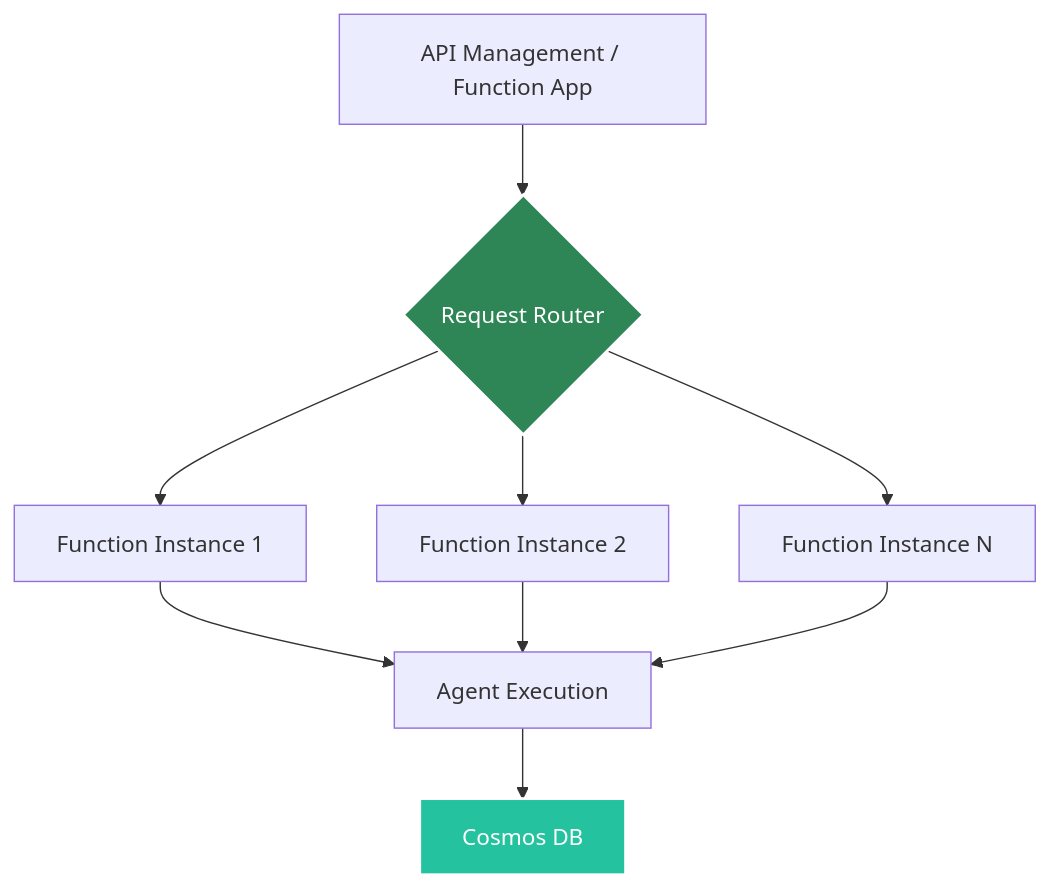
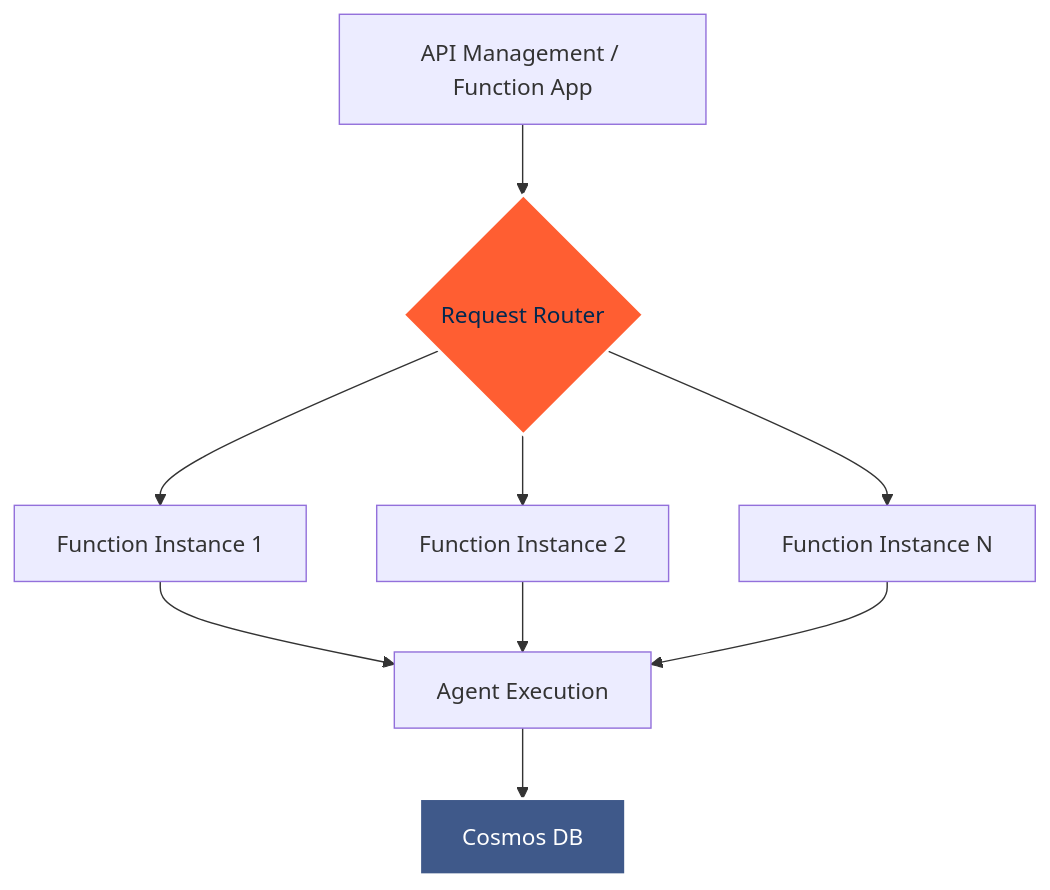
One commit to yaalalabs/agent-kernel changed the second of 2 diagrams in docs/docs/deployment/azure-serverless.md. Above: the diagram before and after it, drawn with Mermaid. The commit also changed other lines of this file and 444 other files, not shown here.

````diff
--- a/docs/docs/deployment/azure-serverless.md
+++ b/docs/docs/deployment/azure-serverless.md
@@ -161,16 +161,16 @@
 ```mermaid
 graph TB
     A[API Management / Function App] --> B{Request Router}
     B --> C[Function Instance 1]
     B --> D[Function Instance 2]
     B --> E[Function Instance N]
     
     C --> F[Agent Execution]
     D --> F
     E --> F
     
     F --> G[Cosmos DB]
     
-    style B fill:#2e8555,stroke:#fff,stroke-width:2px,color:#fff
-    style G fill:#25c2a0,stroke:#fff,stroke-width:2px,color:#fff
+    style B fill:#FF5E32,stroke:#fff,stroke-width:2px,color:#02284F
+    style G fill:#3F598A,stroke:#fff,stroke-width:2px,color:#fff
 ```
````
